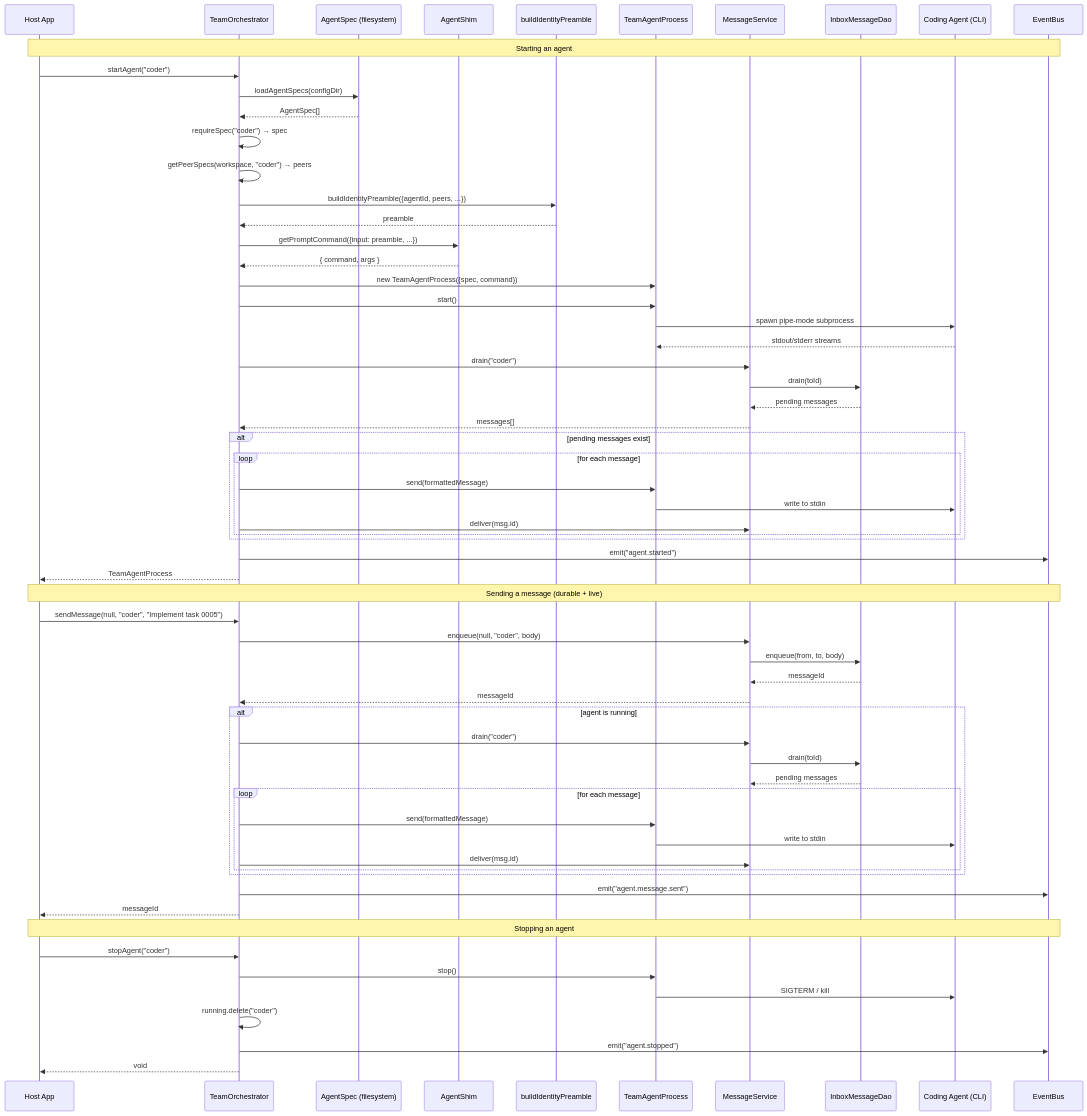
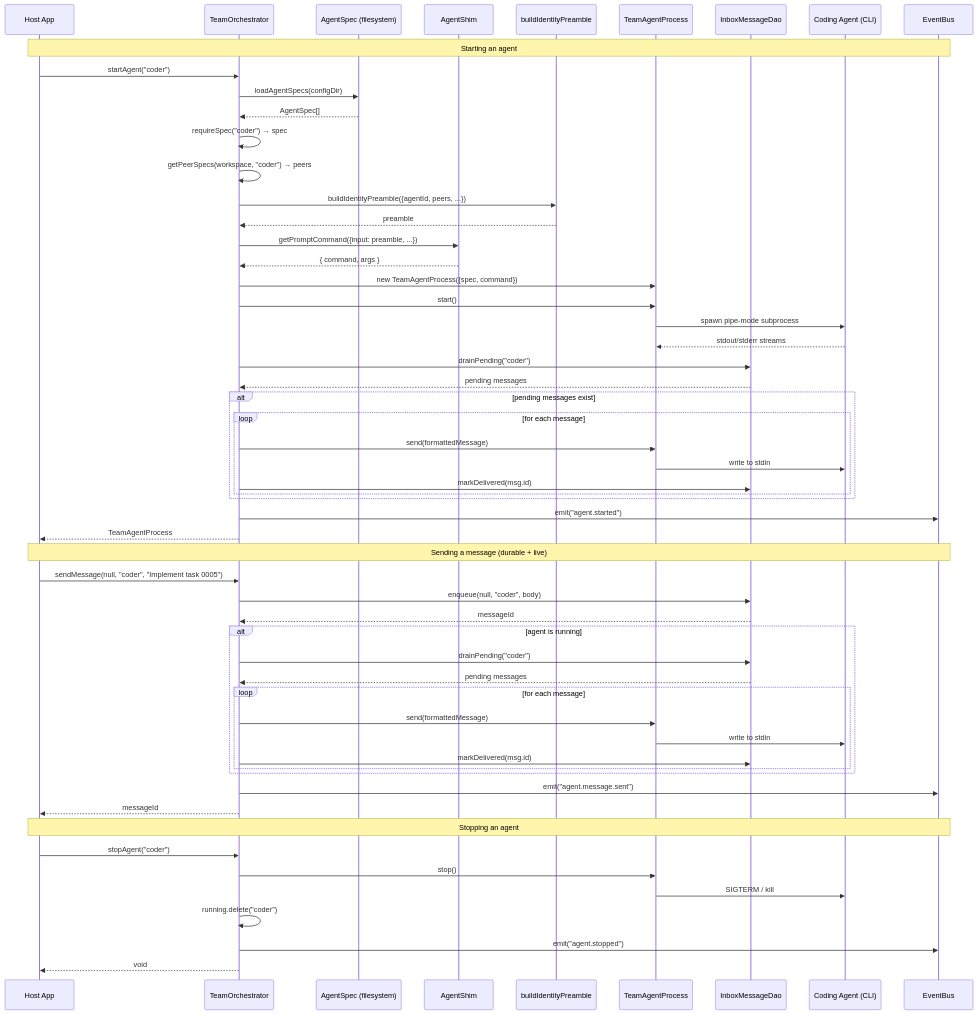
The third of 3 diagrams in packages/ai-runner/README.md (gobing-ai/ts-libs), drawn with Mermaid before and after one commit. The commit also changed other lines of this file and 4 other files, not shown here.

````diff
--- a/packages/ai-runner/README.md
+++ b/packages/ai-runner/README.md
@@ -111,68 +111,62 @@
 ```mermaid
 sequenceDiagram
     participant Host as Host App
     participant Orch as TeamOrchestrator
     participant Spec as AgentSpec (filesystem)
     participant Shim as AgentShim
     participant Identity as buildIdentityPreamble
     participant Proc as TeamAgentProcess
-    participant Msg as MessageService
     participant DB as InboxMessageDao
     participant Agent as Coding Agent (CLI)
     participant EventBus
 
     Note over Host,EventBus: Starting an agent
     Host->>Orch: startAgent("coder")
     Orch->>Spec: loadAgentSpecs(configDir)
     Spec-->>Orch: AgentSpec[]
     Orch->>Orch: requireSpec("coder") → spec
     Orch->>Orch: getPeerSpecs(workspace, "coder") → peers
     Orch->>Identity: buildIdentityPreamble({agentId, peers, ...})
     Identity-->>Orch: preamble
     Orch->>Shim: getPromptCommand({input: preamble, ...})
     Shim-->>Orch: { command, args }
     Orch->>Proc: new TeamAgentProcess({spec, command})
     Orch->>Proc: start()
     Proc->>Agent: spawn pipe-mode subprocess
     Agent-->>Proc: stdout/stderr streams
-    Orch->>Msg: drain("coder")
-    Msg->>DB: drain(toId)
-    DB-->>Msg: pending messages
-    Msg-->>Orch: messages[]
+    Orch->>DB: drainPending("coder")
+    DB-->>Orch: pending messages
     alt pending messages exist
         loop for each message
             Orch->>Proc: send(formattedMessage)
             Proc->>Agent: write to stdin
-            Orch->>Msg: deliver(msg.id)
+            Orch->>DB: markDelivered(msg.id)
         end
     end
     Orch->>EventBus: emit("agent.started")
     Orch-->>Host: TeamAgentProcess
 
     Note over Host,EventBus: Sending a message (durable + live)
     Host->>Orch: sendMessage(null, "coder", "Implement task 0005")
-    Orch->>Msg: enqueue(null, "coder", body)
-    Msg->>DB: enqueue(from, to, body)
-    DB-->>Msg: messageId
-    Msg-->>Orch: messageId
+    Orch->>DB: enqueue(null, "coder", body)
+    DB-->>Orch: messageId
     alt agent is running
-        Orch->>Msg: drain("coder")
-        Msg->>DB: drain(toId)
-        DB-->>Msg: pending messages
+        Orch->>DB: drainPending("coder")
+        DB-->>Orch: pending messages
         loop for each message
             Orch->>Proc: send(formattedMessage)
             Proc->>Agent: write to stdin
-            Orch->>Msg: deliver(msg.id)
+            Orch->>DB: markDelivered(msg.id)
         end
     end
     Orch->>EventBus: emit("agent.message.sent")
     Orch-->>Host: messageId
 
     Note over Host,EventBus: Stopping an agent
     Host->>Orch: stopAgent("coder")
     Orch->>Proc: stop()
     Proc->>Agent: SIGTERM / kill
     Orch->>Orch: running.delete("coder")
     Orch->>EventBus: emit("agent.stopped")
     Orch-->>Host: void
 ```
````
